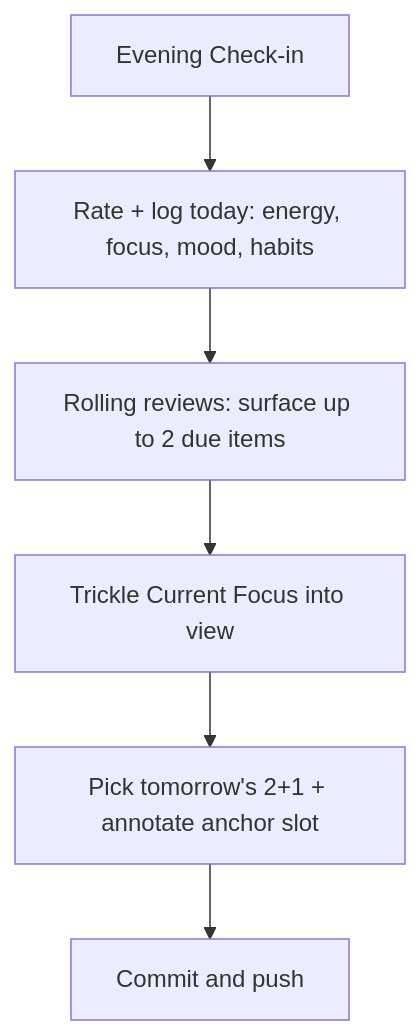
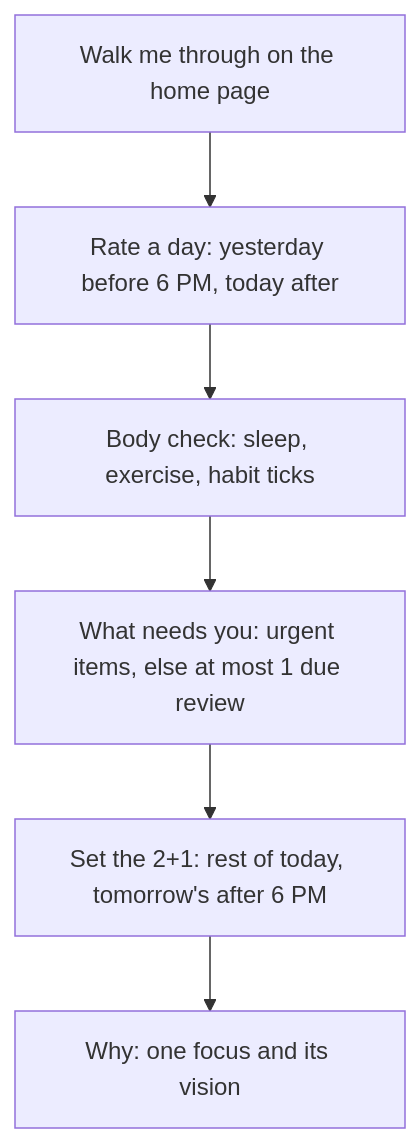
Before and after one commit to Jikodis/my-pfc: the second of 4 diagrams in docs/workflows.md, drawn with Mermaid. The commit also changed other lines of this file and 377 other files, not shown here.

````diff
--- a/docs/workflows.md
+++ b/docs/workflows.md
@@ -22,8 +22,8 @@
 ```mermaid
 flowchart TD
-    A[Evening Check-in] --> B[Rate + log today: energy, focus, mood, habits]
-    B --> C[Rolling reviews: surface up to 2 due items]
-    C --> D[Trickle Current Focus into view]
-    D --> E[Pick tomorrow's 2+1 + annotate anchor slot]
-    E --> F[Commit and push]
+    A[Walk me through on the home page] --> B[Rate a day: yesterday before 6 PM, today after]
+    B --> C[Body check: sleep, exercise, habit ticks]
+    C --> E[What needs you: urgent items, else at most 1 due review]
+    E --> F[Set the 2+1: rest of today, tomorrow's after 6 PM]
+    F --> G[Why: one focus and its vision]
 ```
````
